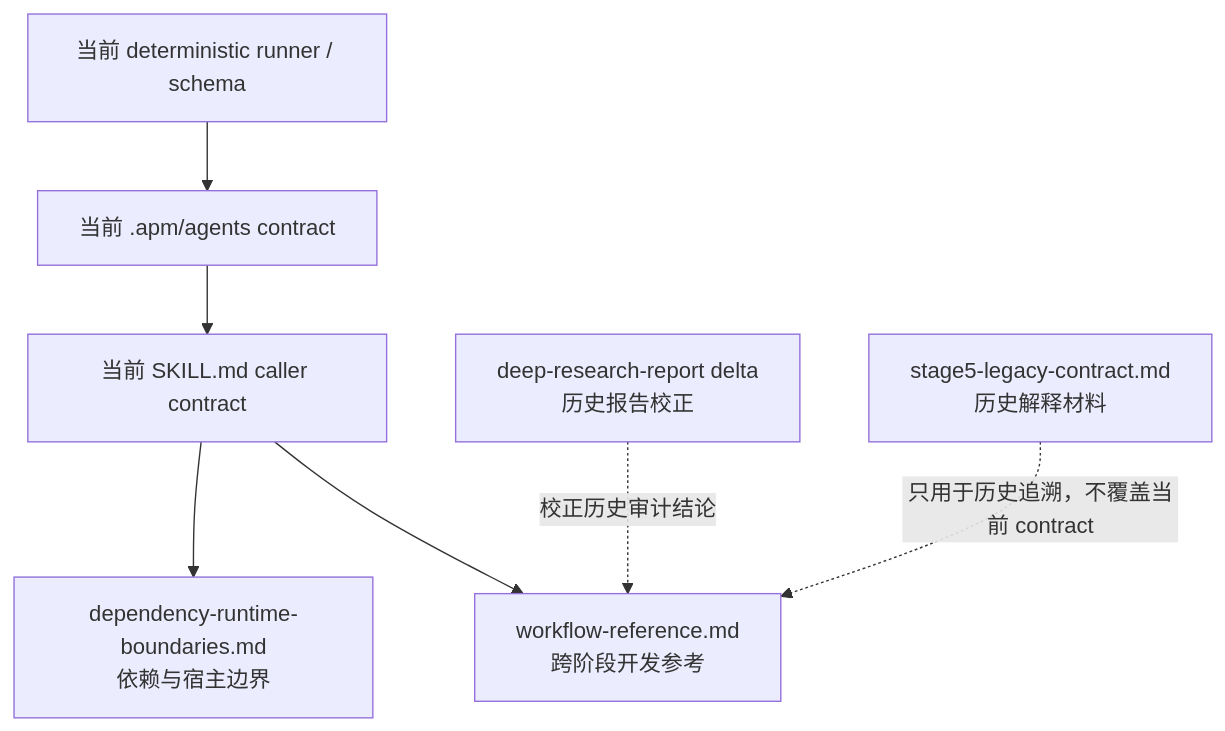
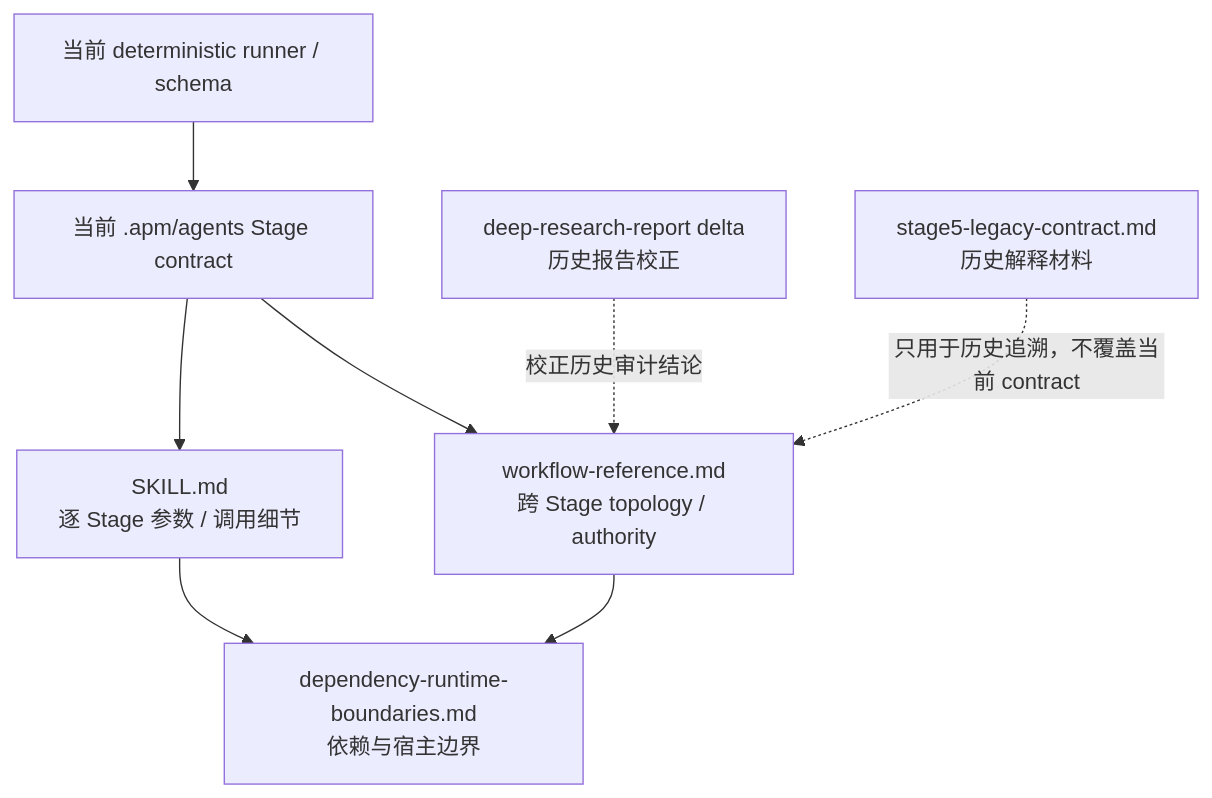
One commit to ScholarWorkflow/professor-contact changed the diagram in .apm/skills/professor-contact/docs/README.md. Above: the diagram before and after it, drawn with Mermaid. The commit also changed other lines of this file, not shown here.

Commit message:
docs: clarify workflow topology authority

````diff
--- a/.apm/skills/professor-contact/docs/README.md
+++ b/.apm/skills/professor-contact/docs/README.md
@@ -19,15 +19,18 @@
 ```mermaid
 flowchart TD
     RUNNER["当前 deterministic runner / schema"]
-    AGENT["当前 .apm/agents contract"]
-    SKILL["当前 SKILL.md caller contract"]
-    REF["workflow-reference.md<br/>跨阶段开发参考"]
+    AGENT["当前 .apm/agents Stage contract"]
+    STAGE["SKILL.md<br/>逐 Stage 参数 / 调用细节"]
+    REF["workflow-reference.md<br/>跨 Stage topology / authority"]
     DEP["dependency-runtime-boundaries.md<br/>依赖与宿主边界"]
     DELTA["deep-research-report delta<br/>历史报告校正"]
     LEGACY["stage5-legacy-contract.md<br/>历史解释材料"]
 
-    RUNNER --> AGENT --> SKILL --> REF
-    SKILL --> DEP
+    RUNNER --> AGENT
+    AGENT --> STAGE
+    AGENT --> REF
+    STAGE --> DEP
+    REF --> DEP
     DELTA -.->|"校正历史审计结论"| REF
     LEGACY -.->|"只用于历史追溯，不覆盖当前 contract"| REF
 ```
````
